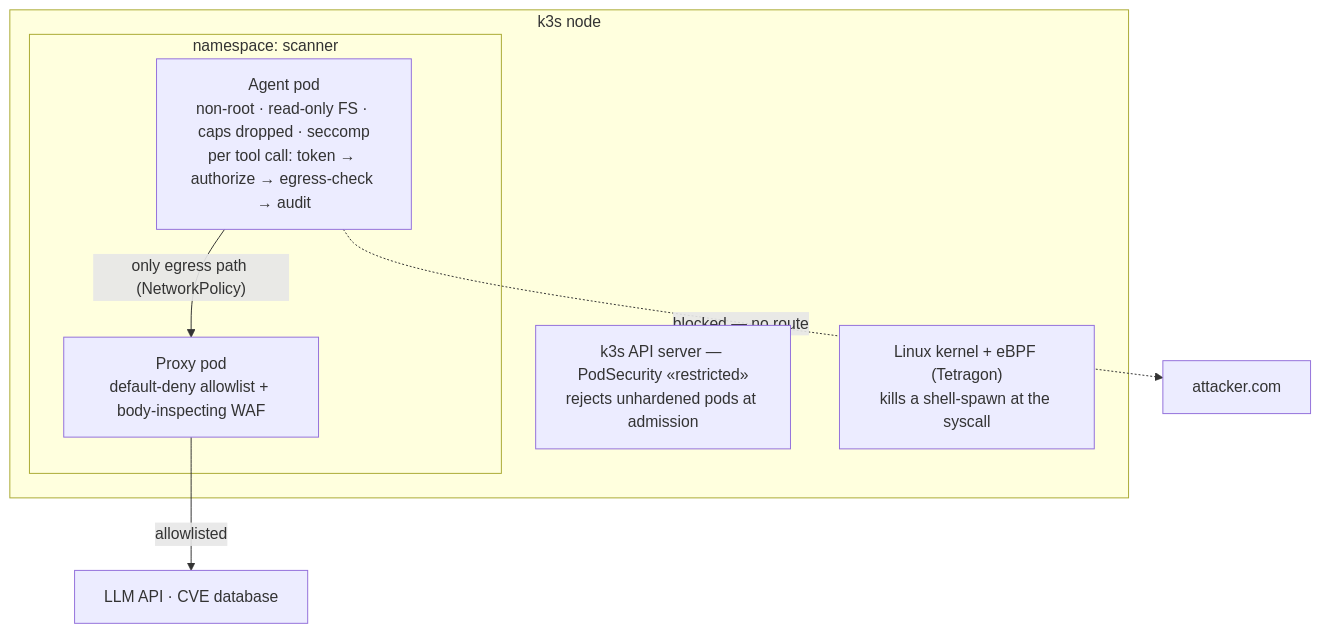
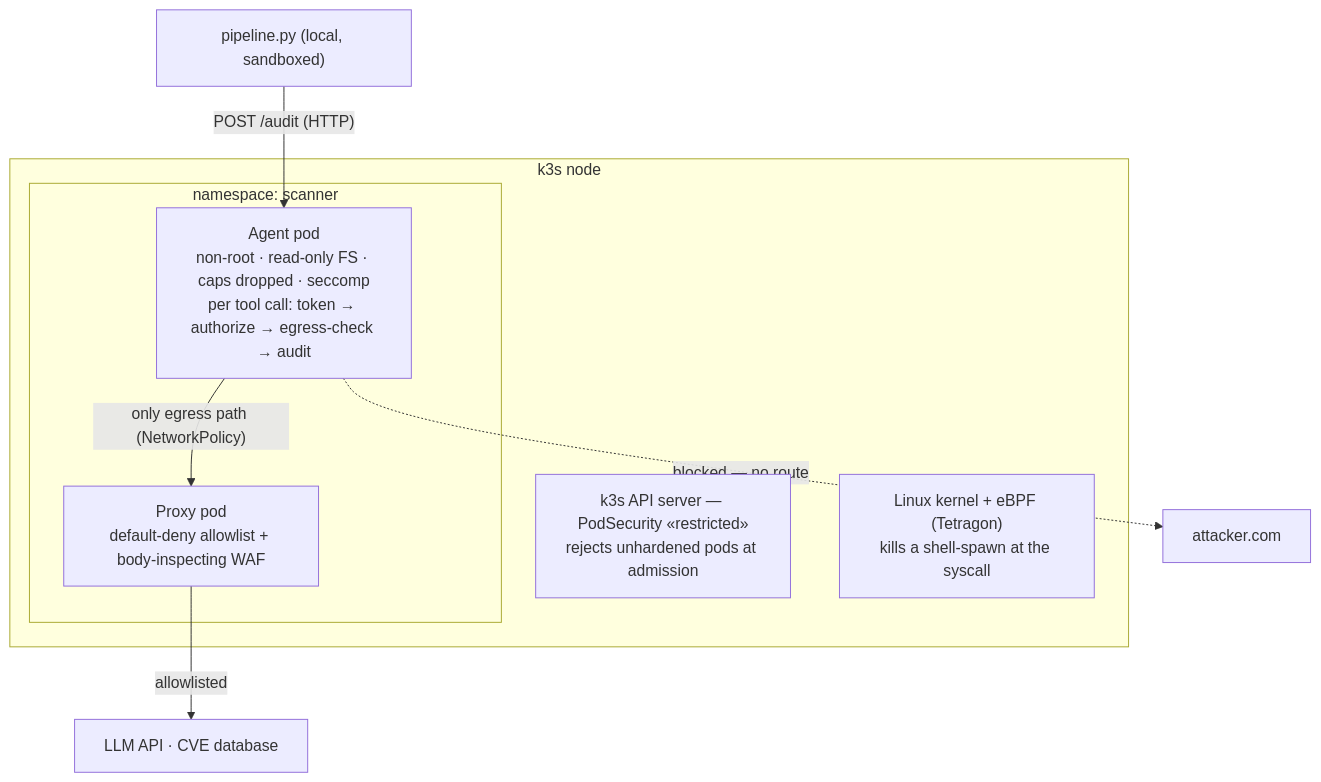
Before and after one commit to kent12112/codescan: the second of 2 diagrams in README.md, drawn with Mermaid. The commit also changed other lines of this file and 6 other files, not shown here.

Commit message:
Integrate pipeline with contained CVE agent over HTTP; update docs

````diff
--- a/README.md
+++ b/README.md
@@ -66,14 +75,15 @@
 ```mermaid
 flowchart TB
     subgraph NODE["k3s node"]
         API["k3s API server — PodSecurity «restricted»<br/>rejects unhardened pods at admission"]
         KERNEL["Linux kernel + eBPF (Tetragon)<br/>kills a shell-spawn at the syscall"]
         subgraph NS["namespace: scanner"]
             AGENT["Agent pod<br/>non-root · read-only FS · caps dropped · seccomp<br/>per tool call: token → authorize → egress-check → audit"]
             PROXY["Proxy pod<br/>default-deny allowlist + body-inspecting WAF"]
         end
     end
+    PIPE["pipeline.py (local, sandboxed)"] -->|"POST /audit (HTTP)"| AGENT
     AGENT -->|"only egress path (NetworkPolicy)"| PROXY
     PROXY -->|"allowlisted"| NET["LLM API · CVE database"]
     AGENT -.->|"blocked — no route"| EVIL["attacker.com"]
 ```
````
